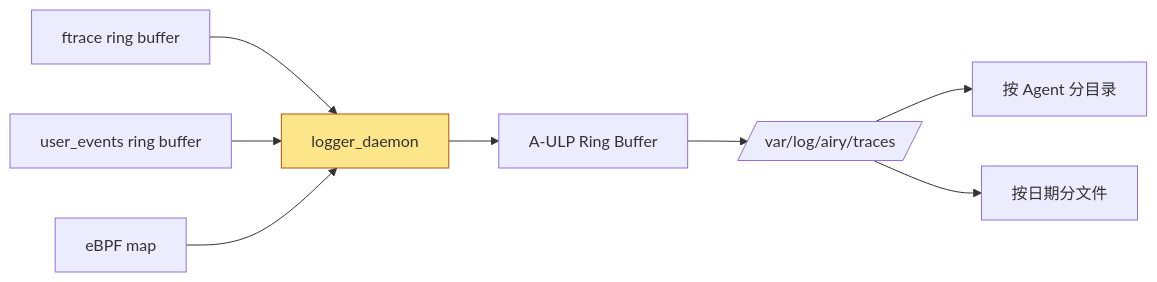
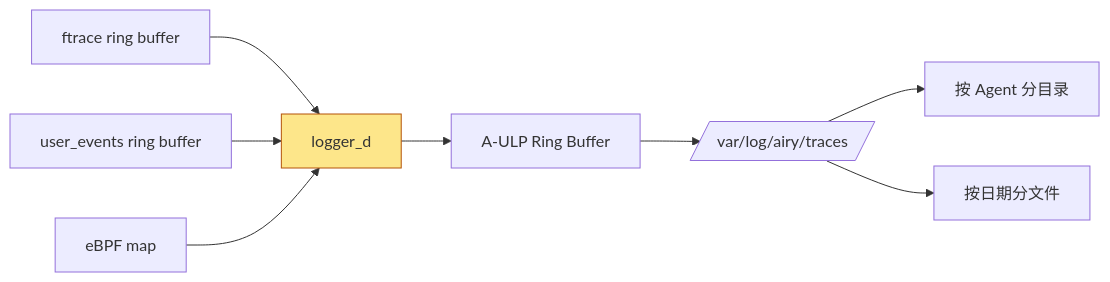
One commit to openairymax/docs-linux changed the second of 2 diagrams in 90-observability/08-agent-tracing.md. Above: the diagram before and after it, drawn with Mermaid. The commit also changed other lines of this file and 71 other files, not shown here.

Commit message:
docs: 统一替换宏监管与守护进程命名 完成全文档的命名规范对齐： 1. 将 macro_superv 统一替换为 macro_d 2. 将 logger_daemon 统一替换为 logger_d

````diff
--- a/90-observability/08-agent-tracing.md
+++ b/90-observability/08-agent-tracing.md
@@ -366,11 +366,11 @@
 ```mermaid
 graph LR
-    A[ftrace ring buffer] --> D[logger_daemon]
+    A[ftrace ring buffer] --> D[logger_d]
     B[user_events ring buffer] --> D
     C[eBPF map] --> D
     D --> E[A-ULP Ring Buffer]
     E --> F[/var/log/airy/traces/]
     F --> G[按 Agent 分目录]
     F --> H[按日期分文件]
     style D fill:#fde68a,stroke:#b45309
 ```
````
